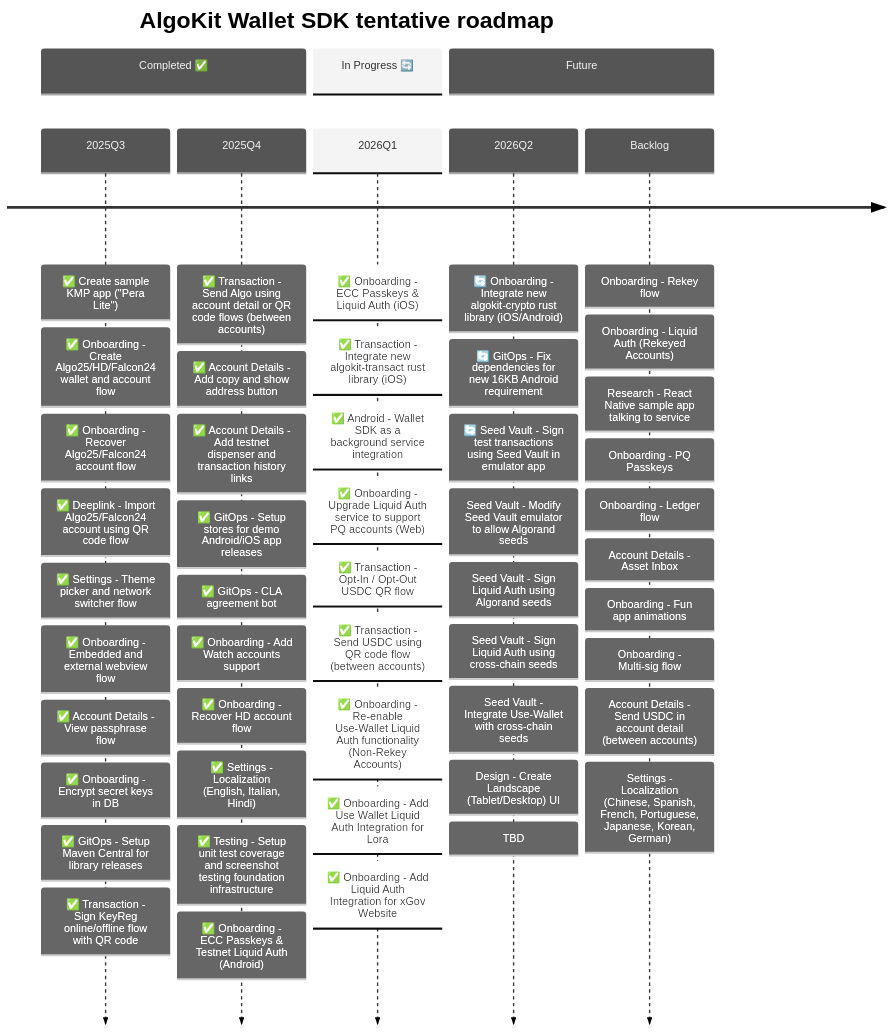
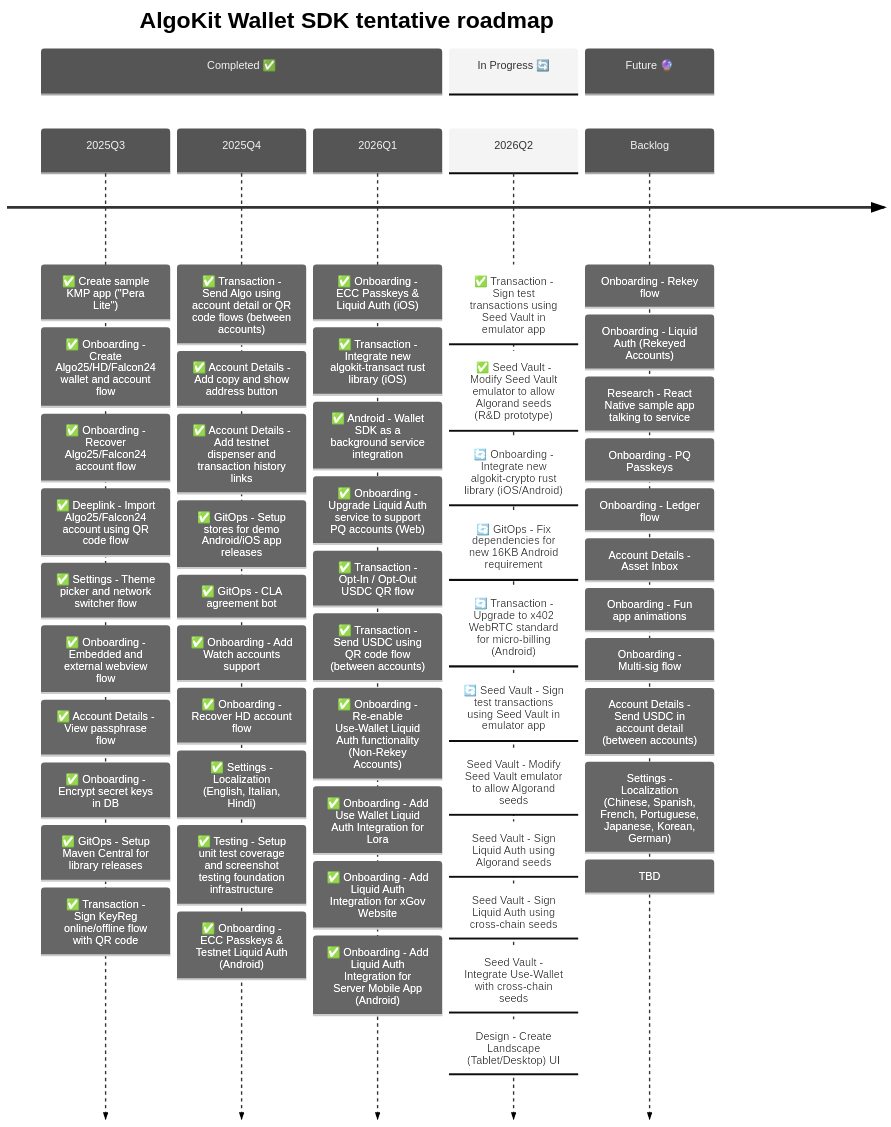
One commit to michaeltchuangllc/algokit-walletsdk-kmp changed the second of 3 diagrams in README.md. Above: the diagram before and after it, drawn with Mermaid. The commit also changed other lines of this file and 47 other files, not shown here.

````diff
--- a/README.md
+++ b/README.md
@@ -69,64 +69,69 @@
 ```mermaid
 ---
 config:
   theme: 'neutral'
 ---
 timeline
     title AlgoKit Wallet SDK tentative roadmap
 
     section Completed ✅
     2025Q3  : ✅ Create sample KMP app ("Pera Lite")
             : ✅ Onboarding - Create Algo25/HD/Falcon24 wallet and account flow
             : ✅ Onboarding - Recover Algo25/Falcon24 account flow
             : ✅ Deeplink - Import Algo25/Falcon24 account using QR code flow
             : ✅ Settings - Theme picker and network switcher flow
             : ✅ Onboarding - Embedded and external webview flow
             : ✅ Account Details - View passphrase flow
             : ✅ Onboarding - Encrypt secret keys in DB
             : ✅ GitOps - Setup Maven Central for library releases
             : ✅ Transaction - Sign KeyReg online/offline flow with QR code
 
     2025Q4  : ✅ Transaction - Send Algo using account detail or QR code flows (between accounts)
             : ✅ Account Details - Add copy and show address button
             : ✅ Account Details - Add testnet dispenser and transaction history links
             : ✅ GitOps - Setup stores for demo Android/iOS app releases
             : ✅ GitOps - CLA agreement bot
             : ✅ Onboarding - Add Watch accounts support
             : ✅ Onboarding - Recover HD account flow
             : ✅ Settings - Localization (English, Italian, Hindi)
             : ✅ Testing - Setup unit test coverage and screenshot testing foundation infrastructure
             : ✅ Onboarding - ECC Passkeys & Testnet Liquid Auth (Android)
 
-    section In Progress 🔄
     2026Q1  : ✅ Onboarding - ECC Passkeys & Liquid Auth (iOS)
             : ✅ Transaction - Integrate new algokit-transact rust library (iOS)
             : ✅ Android - Wallet SDK as a background service integration
             : ✅ Onboarding - Upgrade Liquid Auth service to support PQ accounts (Web)
             : ✅ Transaction - Opt-In / Opt-Out USDC QR flow
             : ✅ Transaction - Send USDC using QR code flow (between accounts)
             : ✅ Onboarding - Re-enable Use-Wallet Liquid Auth functionality (Non-Rekey Accounts)
             : ✅ Onboarding - Add Use Wallet Liquid Auth Integration for Lora
             : ✅ Onboarding - Add Liquid Auth Integration for xGov Website
+            : ✅ Onboarding - Add Liquid Auth Integration for Server Mobile App (Android)
 
-    section Future
-    2026Q2  : 🔄 Onboarding - Integrate new algokit-crypto rust library (iOS/Android)
+    section In Progress 🔄
+    2026Q2  : ✅ Transaction - Sign test transactions using Seed Vault in emulator app
+            : ✅ Seed Vault - Modify Seed Vault emulator to allow Algorand seeds (R&D prototype)
+            : 🔄 Onboarding - Integrate new algokit-crypto rust library (iOS/Android)
             : 🔄 GitOps - Fix dependencies for new 16KB Android requirement
+            : 🔄 Transaction - Upgrade to x402 WebRTC standard for micro-billing (Android)
             : 🔄 Seed Vault - Sign test transactions using Seed Vault in emulator app
             : Seed Vault - Modify Seed Vault emulator to allow Algorand seeds
             : Seed Vault - Sign Liquid Auth using Algorand seeds
             : Seed Vault - Sign Liquid Auth using cross-chain seeds
             : Seed Vault - Integrate Use-Wallet with cross-chain seeds
             : Design - Create Landscape (Tablet/Desktop) UI
-            : TBD
+            
+    section Future 🔮
     Backlog
             : Onboarding - Rekey flow
             : Onboarding - Liquid Auth (Rekeyed Accounts)
             : Research - React Native sample app talking to service
             : Onboarding - PQ Passkeys
             : Onboarding - Ledger flow
             : Account Details - Asset Inbox
             : Onboarding - Fun app animations
             : Onboarding - Multi-sig flow
             : Account Details - Send USDC in account detail (between accounts)
             : Settings - Localization (Chinese, Spanish, French, Portuguese, Japanese, Korean, German)
+            : TBD
 ```
````
